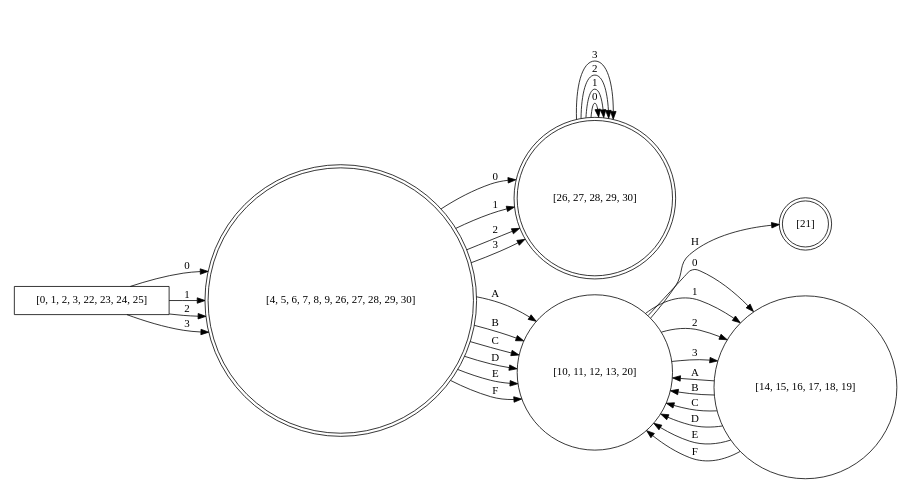
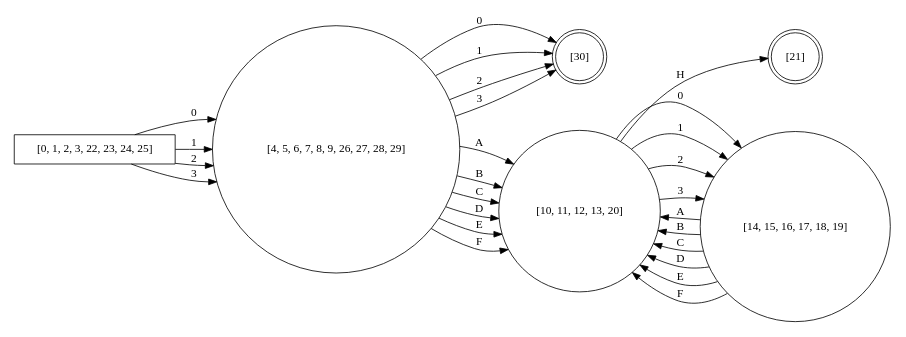
One commit to AngryR4v3n/LenguajesPR2 changed the diagram in dfa_subset.gv. Above: the diagram before and after it, drawn with Graphviz. The commit also changed 7 other files, not shown here.

```diff
--- a/dfa_subset.gv
+++ b/dfa_subset.gv
@@ -1,61 +1,41 @@
 digraph finite_state_machine {
 	rankdir=LR size="8,5"
 	node [shape=rectangular]
 	"[0, 1, 2, 3, 22, 23, 24, 25]"
 	node [shape=doublecircle]
-	"[4, 5, 6, 7, 8, 9, 26, 27, 28, 29, 30]"
+	"[30]"
 	node [shape=doublecircle]
-	"[4, 5, 6, 7, 8, 9, 26, 27, 28, 29, 30]"
+	"[30]"
 	node [shape=doublecircle]
-	"[4, 5, 6, 7, 8, 9, 26, 27, 28, 29, 30]"
+	"[30]"
 	node [shape=doublecircle]
-	"[4, 5, 6, 7, 8, 9, 26, 27, 28, 29, 30]"
-	node [shape=doublecircle]
-	"[26, 27, 28, 29, 30]"
-	node [shape=doublecircle]
-	"[26, 27, 28, 29, 30]"
-	node [shape=doublecircle]
-	"[26, 27, 28, 29, 30]"
-	node [shape=doublecircle]
-	"[26, 27, 28, 29, 30]"
-	node [shape=doublecircle]
-	"[26, 27, 28, 29, 30]"
-	node [shape=doublecircle]
-	"[26, 27, 28, 29, 30]"
-	node [shape=doublecircle]
-	"[26, 27, 28, 29, 30]"
-	node [shape=doublecircle]
-	"[26, 27, 28, 29, 30]"
+	"[30]"
 	node [shape=doublecircle]
 	"[21]"
 	node [shape=circle]
-	"[0, 1, 2, 3, 22, 23, 24, 25]" -> "[4, 5, 6, 7, 8, 9, 26, 27, 28, 29, 30]" [label=0]
-	"[0, 1, 2, 3, 22, 23, 24, 25]" -> "[4, 5, 6, 7, 8, 9, 26, 27, 28, 29, 30]" [label=1]
-	"[0, 1, 2, 3, 22, 23, 24, 25]" -> "[4, 5, 6, 7, 8, 9, 26, 27, 28, 29, 30]" [label=2]
-	"[0, 1, 2, 3, 22, 23, 24, 25]" -> "[4, 5, 6, 7, 8, 9, 26, 27, 28, 29, 30]" [label=3]
-	"[4, 5, 6, 7, 8, 9, 26, 27, 28, 29, 30]" -> "[26, 27, 28, 29, 30]" [label=0]
-	"[4, 5, 6, 7, 8, 9, 26, 27, 28, 29, 30]" -> "[26, 27, 28, 29, 30]" [label=1]
-	"[4, 5, 6, 7, 8, 9, 26, 27, 28, 29, 30]" -> "[26, 27, 28, 29, 30]" [label=2]
-	"[4, 5, 6, 7, 8, 9, 26, 27, 28, 29, 30]" -> "[26, 27, 28, 29, 30]" [label=3]
-	"[4, 5, 6, 7, 8, 9, 26, 27, 28, 29, 30]" -> "[10, 11, 12, 13, 20]" [label=A]
-	"[4, 5, 6, 7, 8, 9, 26, 27, 28, 29, 30]" -> "[10, 11, 12, 13, 20]" [label=B]
-	"[4, 5, 6, 7, 8, 9, 26, 27, 28, 29, 30]" -> "[10, 11, 12, 13, 20]" [label=C]
-	"[4, 5, 6, 7, 8, 9, 26, 27, 28, 29, 30]" -> "[10, 11, 12, 13, 20]" [label=D]
-	"[4, 5, 6, 7, 8, 9, 26, 27, 28, 29, 30]" -> "[10, 11, 12, 13, 20]" [label=E]
-	"[4, 5, 6, 7, 8, 9, 26, 27, 28, 29, 30]" -> "[10, 11, 12, 13, 20]" [label=F]
-	"[26, 27, 28, 29, 30]" -> "[26, 27, 28, 29, 30]" [label=0]
-	"[26, 27, 28, 29, 30]" -> "[26, 27, 28, 29, 30]" [label=1]
-	"[26, 27, 28, 29, 30]" -> "[26, 27, 28, 29, 30]" [label=2]
-	"[26, 27, 28, 29, 30]" -> "[26, 27, 28, 29, 30]" [label=3]
+	"[0, 1, 2, 3, 22, 23, 24, 25]" -> "[4, 5, 6, 7, 8, 9, 26, 27, 28, 29]" [label=0]
+	"[0, 1, 2, 3, 22, 23, 24, 25]" -> "[4, 5, 6, 7, 8, 9, 26, 27, 28, 29]" [label=1]
+	"[0, 1, 2, 3, 22, 23, 24, 25]" -> "[4, 5, 6, 7, 8, 9, 26, 27, 28, 29]" [label=2]
+	"[0, 1, 2, 3, 22, 23, 24, 25]" -> "[4, 5, 6, 7, 8, 9, 26, 27, 28, 29]" [label=3]
+	"[4, 5, 6, 7, 8, 9, 26, 27, 28, 29]" -> "[30]" [label=0]
+	"[4, 5, 6, 7, 8, 9, 26, 27, 28, 29]" -> "[30]" [label=1]
+	"[4, 5, 6, 7, 8, 9, 26, 27, 28, 29]" -> "[30]" [label=2]
+	"[4, 5, 6, 7, 8, 9, 26, 27, 28, 29]" -> "[30]" [label=3]
+	"[4, 5, 6, 7, 8, 9, 26, 27, 28, 29]" -> "[10, 11, 12, 13, 20]" [label=A]
+	"[4, 5, 6, 7, 8, 9, 26, 27, 28, 29]" -> "[10, 11, 12, 13, 20]" [label=B]
+	"[4, 5, 6, 7, 8, 9, 26, 27, 28, 29]" -> "[10, 11, 12, 13, 20]" [label=C]
+	"[4, 5, 6, 7, 8, 9, 26, 27, 28, 29]" -> "[10, 11, 12, 13, 20]" [label=D]
+	"[4, 5, 6, 7, 8, 9, 26, 27, 28, 29]" -> "[10, 11, 12, 13, 20]" [label=E]
+	"[4, 5, 6, 7, 8, 9, 26, 27, 28, 29]" -> "[10, 11, 12, 13, 20]" [label=F]
 	"[10, 11, 12, 13, 20]" -> "[14, 15, 16, 17, 18, 19]" [label=0]
 	"[10, 11, 12, 13, 20]" -> "[14, 15, 16, 17, 18, 19]" [label=1]
 	"[10, 11, 12, 13, 20]" -> "[14, 15, 16, 17, 18, 19]" [label=2]
 	"[10, 11, 12, 13, 20]" -> "[14, 15, 16, 17, 18, 19]" [label=3]
 	"[10, 11, 12, 13, 20]" -> "[21]" [label=H]
 	"[14, 15, 16, 17, 18, 19]" -> "[10, 11, 12, 13, 20]" [label=A]
 	"[14, 15, 16, 17, 18, 19]" -> "[10, 11, 12, 13, 20]" [label=B]
 	"[14, 15, 16, 17, 18, 19]" -> "[10, 11, 12, 13, 20]" [label=C]
 	"[14, 15, 16, 17, 18, 19]" -> "[10, 11, 12, 13, 20]" [label=D]
 	"[14, 15, 16, 17, 18, 19]" -> "[10, 11, 12, 13, 20]" [label=E]
 	"[14, 15, 16, 17, 18, 19]" -> "[10, 11, 12, 13, 20]" [label=F]
 }
```
